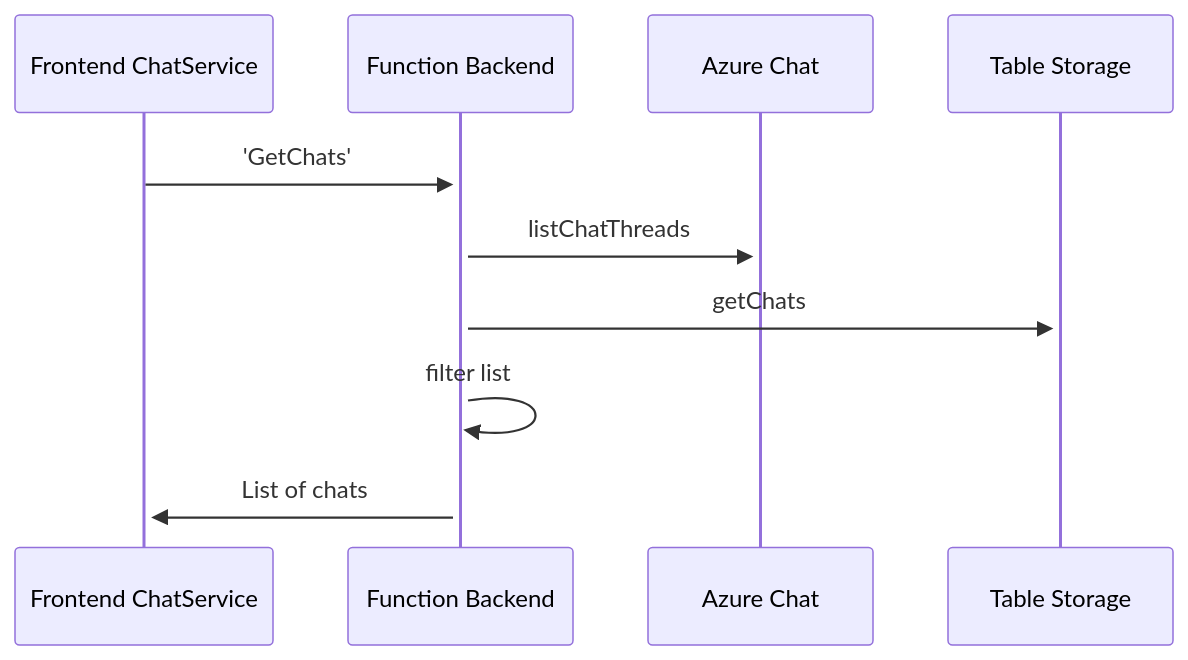
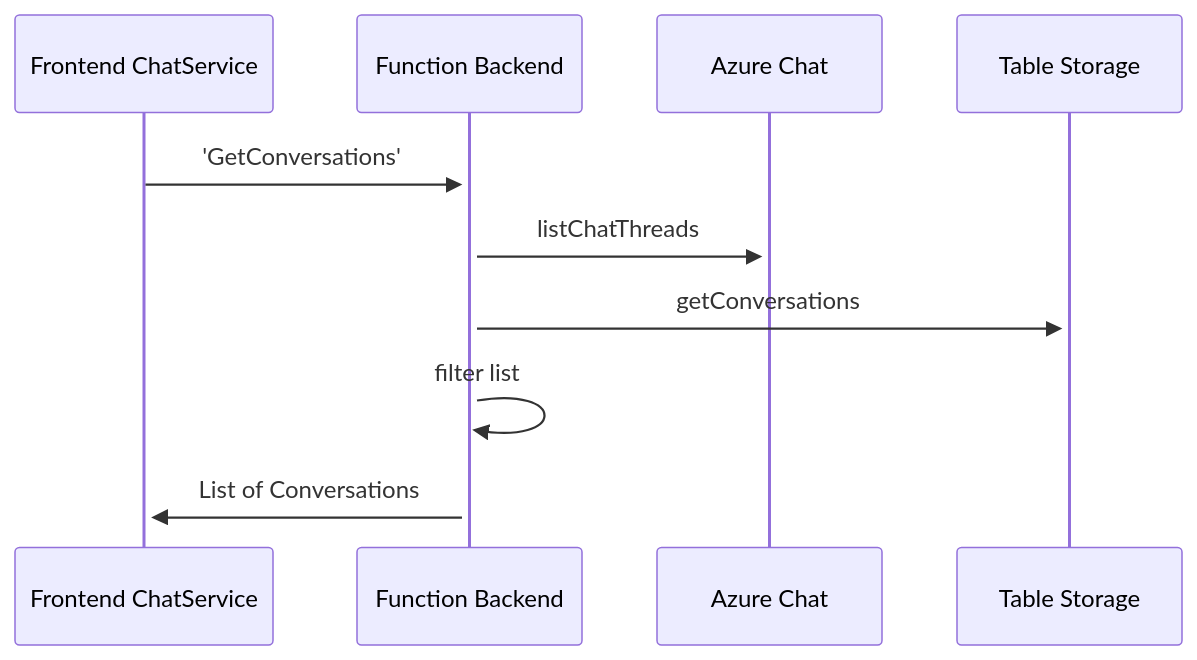
One commit to chadmichel/ChadChatAngular changed the third of 5 diagrams in README.md. Above: the diagram before and after it, drawn with Mermaid. The commit also changed other lines of this file and 5 other files, not shown here.

````diff
--- a/README.md
+++ b/README.md
@@ -103,8 +103,8 @@
 ```mermaid
 sequenceDiagram
-    Frontend ChatService->>+Function Backend: 'GetChats'
+    Frontend ChatService->>+Function Backend: 'GetConversations'
     Function Backend->>+Azure Chat: listChatThreads
-    Function Backend->>+Table Storage: getChats
+    Function Backend->>+Table Storage: getConversations
     Function Backend->>+Function Backend: filter list
-    Function Backend->>+Frontend ChatService: List of chats
+    Function Backend->>+Frontend ChatService: List of Conversations
 ```
````
